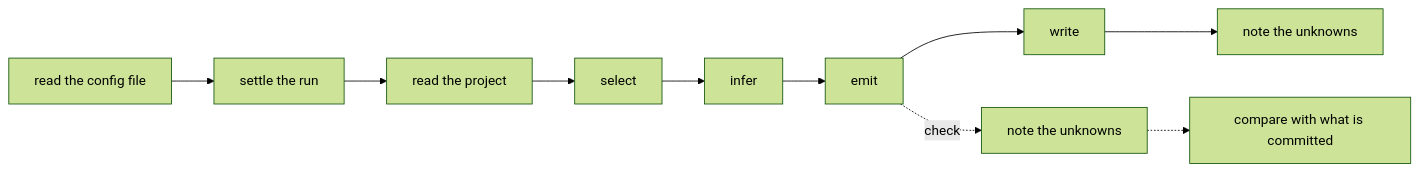
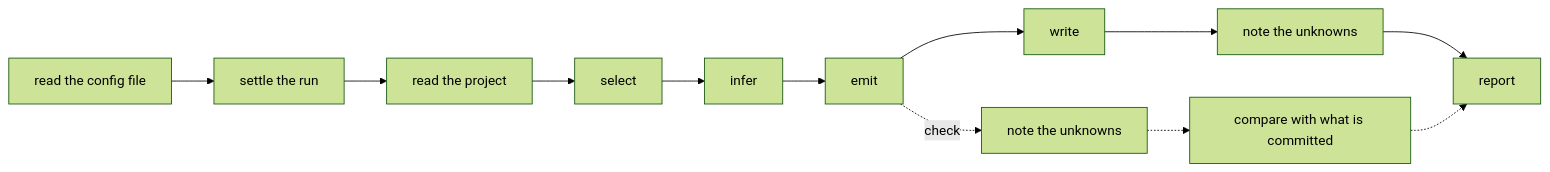
Before and after one commit to haruspex-tools/haruspex: the diagram in docs/internals/12-from-input-to-output.md, drawn with Mermaid (forest theme). The commit also changed other lines of this file and 35 other files, not shown here.

````diff
--- a/docs/internals/12-from-input-to-output.md
+++ b/docs/internals/12-from-input-to-output.md
@@ -16,12 +16,14 @@
 ```mermaid
 flowchart LR
     config["read the config file"] --> settle["settle the run"]
     settle --> project["read the project"]
     project --> select["select"]
     select --> infer["infer"]
     infer --> emit["emit"]
     emit --> write["write"]
     write --> noted["note the unknowns"]
+    noted --> report["report"]
     emit -. "check" .-> checkNoted["note the unknowns"]
     checkNoted -.-> compare["compare with what is committed"]
+    compare -.-> report
 ```
````
